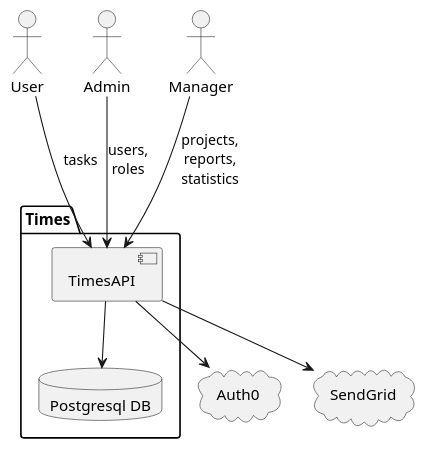
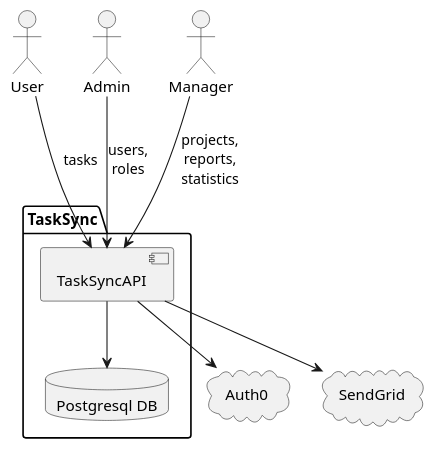
The diagram in docs/architecture-context-diagram.puml (kemalk89/TaskSync), drawn with PlantUML before and after one commit. The commit also changed 130 other files, not shown here.

```diff
--- a/docs/architecture-context-diagram.puml
+++ b/docs/architecture-context-diagram.puml
@@ -1,28 +1,28 @@
 @startuml "Component Diagram"
 
 actor User
 actor Admin
 actor Manager
 
-package "Times" {
-  [TimesAPI] 
+package "TaskSync" {
+  [TaskSyncAPI] 
   database "Postgresql DB" as DB
 
-  [TimesAPI] --> DB
+  [TaskSyncAPI] --> DB
 }
 
 cloud "Auth0" as auth0 {
 
 }
 
 cloud "SendGrid" as sendgrid {
 
 }
 
-User --> [TimesAPI] : tasks
-Admin --> [TimesAPI] : users,\nroles
-Manager --> [TimesAPI] : projects,\nreports,\nstatistics
-[TimesAPI] --> auth0
-[TimesAPI] --> sendgrid 
+User --> [TaskSyncAPI] : tasks
+Admin --> [TaskSyncAPI] : users,\nroles
+Manager --> [TaskSyncAPI] : projects,\nreports,\nstatistics
+[TaskSyncAPI] --> auth0
+[TaskSyncAPI] --> sendgrid 
 
 @enduml
```
